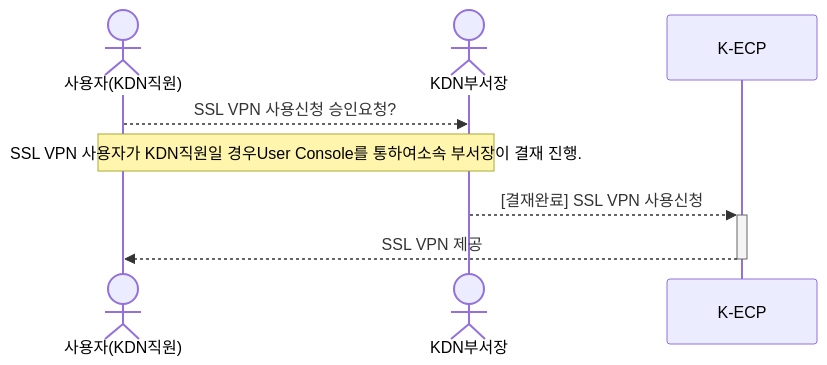
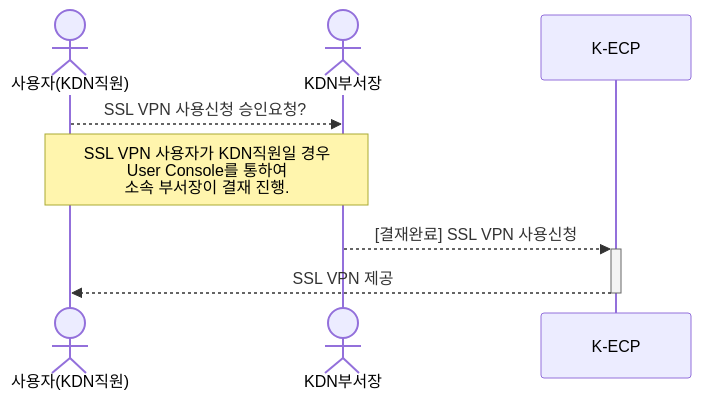
Before and after one commit to KDN-ECP/guidebooks: the first of 2 diagrams in mdfiles/SSLVPN_started.md, drawn with Mermaid. The commit also changed other lines of this file, not shown here.

````diff
--- a/mdfiles/SSLVPN_started.md
+++ b/mdfiles/SSLVPN_started.md
@@ -37,9 +37,9 @@
 ```mermaid
 sequenceDiagram
   actor 사용자(KDN직원)
   actor KDN부서장
   사용자(KDN직원) -->> KDN부서장: SSL VPN 사용신청 승인요청?
-  Note over 사용자(KDN직원), KDN부서장: SSL VPN 사용자가 KDN직원일 경우User Console를 통하여소속 부서장이 결재 진행.
+  Note over 사용자(KDN직원), KDN부서장: SSL VPN 사용자가 KDN직원일 경우<br/>User Console를 통하여<br/>소속 부서장이 결재 진행.
   KDN부서장 -->>+ K-ECP: [결재완료] SSL VPN 사용신청
   K-ECP -->>- 사용자(KDN직원): SSL VPN 제공
 ```
````
